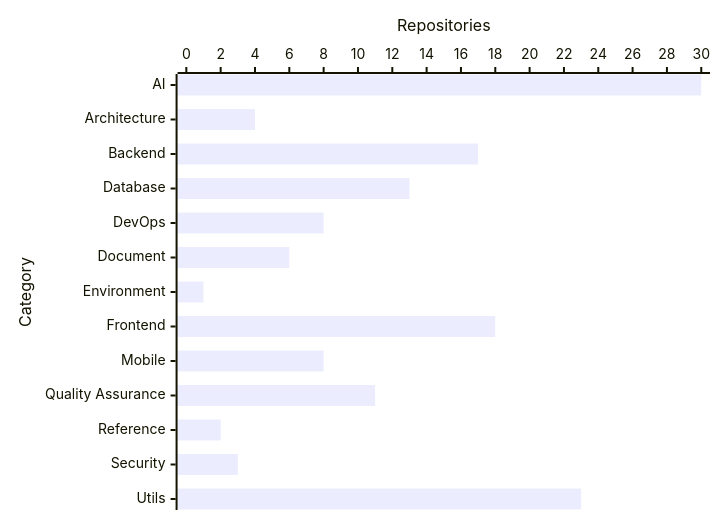
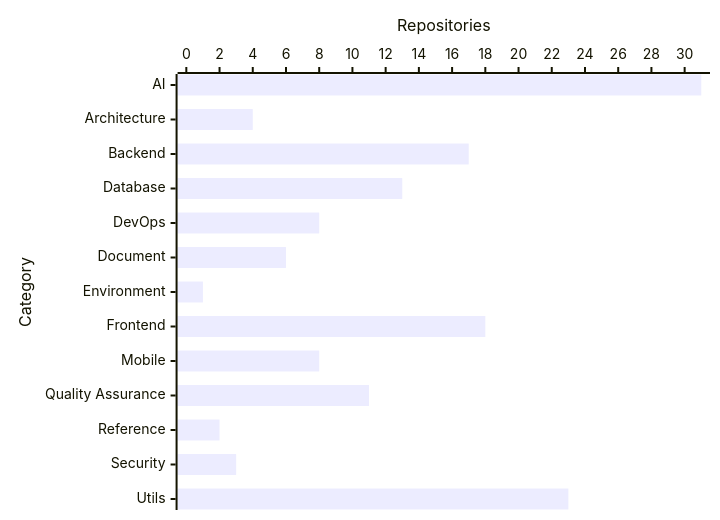
The diagram in README.md (prawee/resource), drawn with Mermaid before and after one commit. The commit also changed other lines of this file, not shown here.

````diff
--- a/README.md
+++ b/README.md
@@ -11,6 +11,6 @@
 ```mermaid
 xychart-beta horizontal
     x-axis "Category" ["AI", "Architecture", "Backend", "Database", "DevOps", "Document", "Environment", "Frontend", "Mobile", "Quality Assurance", "Reference", "Security", "Utils"]
-    y-axis "Repositories" 0 --> 30
-    bar [30, 4, 17, 13, 8, 6, 1, 18, 8, 11, 2, 3, 23]
+    y-axis "Repositories" 0 --> 31
+    bar [31, 4, 17, 13, 8, 6, 1, 18, 8, 11, 2, 3, 23]
 ```
````
